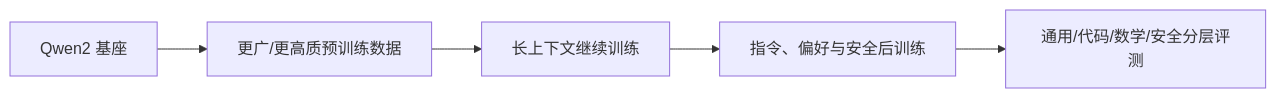
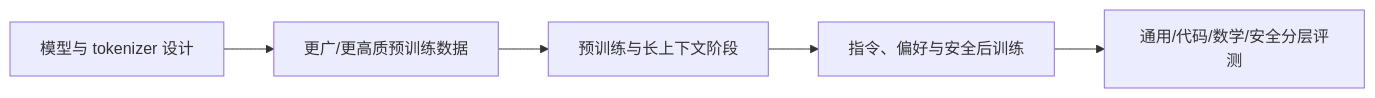
The diagram in 06-拓展知识库/论文研读/Qwen深读/02-Qwen2.5通用主干.md (chengzhang0528/LLMTrain), drawn with Mermaid before and after one commit. The commit also changed other lines of this file and 123 other files, not shown here.

````diff
--- a/06-拓展知识库/论文研读/Qwen深读/02-Qwen2.5通用主干.md
+++ b/06-拓展知识库/论文研读/Qwen深读/02-Qwen2.5通用主干.md
@@ -9,7 +13,7 @@
 ```mermaid
 flowchart LR
-  A[Qwen2 基座] --> B[更广/更高质预训练数据]
-  B --> C[长上下文继续训练]
+  A[模型与 tokenizer 设计] --> B[更广/更高质预训练数据]
+  B --> C[预训练与长上下文阶段]
   C --> D[指令、偏好与安全后训练]
   D --> E[通用/代码/数学/安全分层评测]
 ```
````
